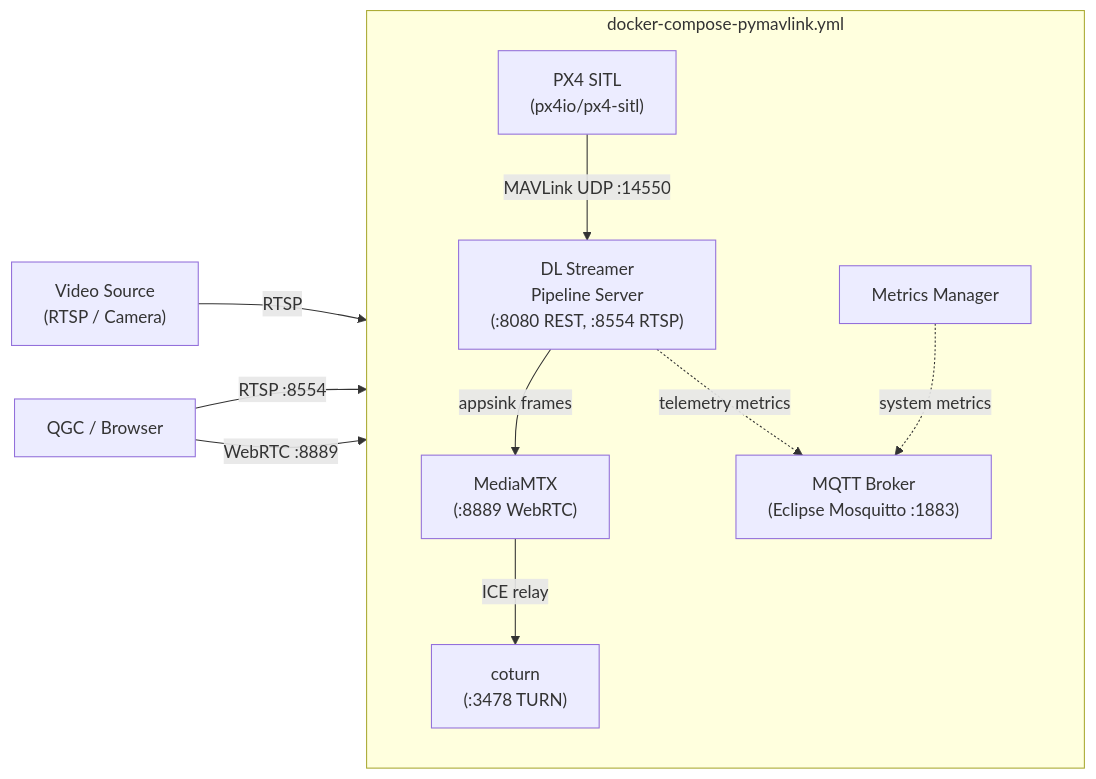
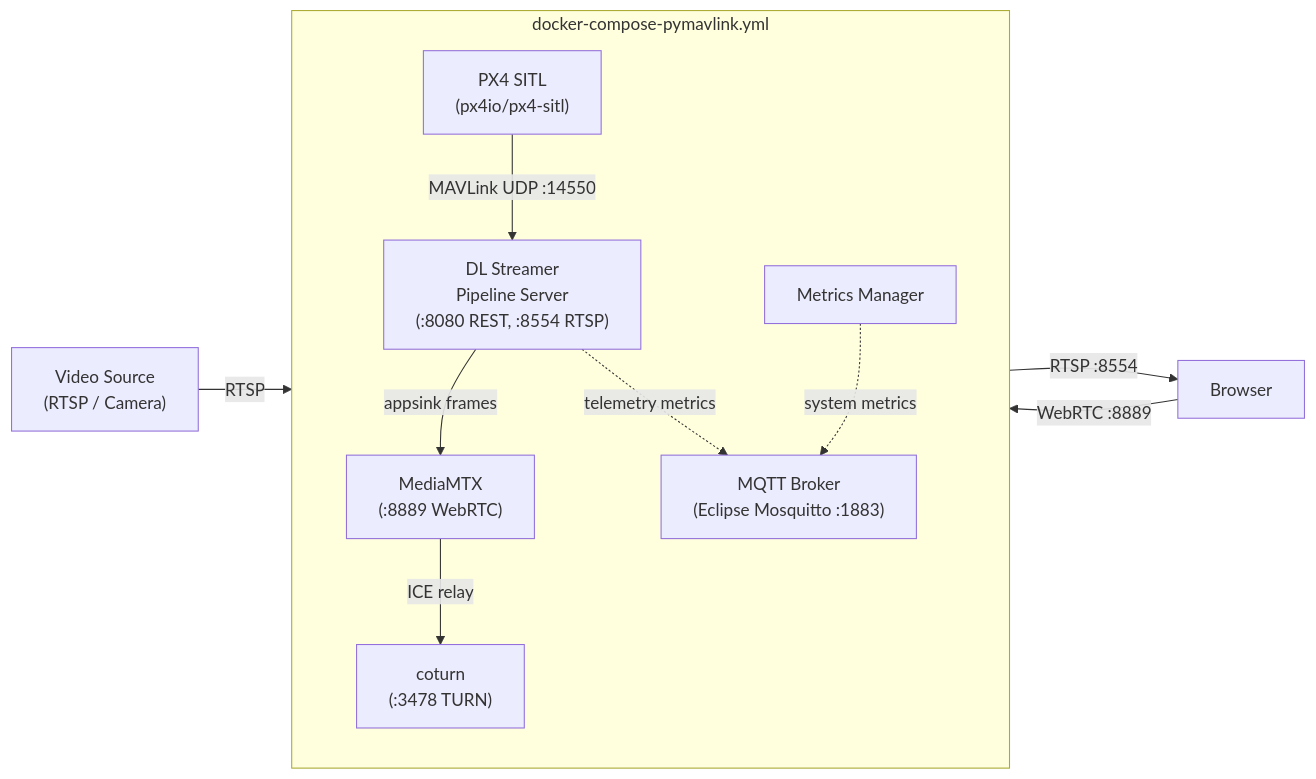
Before and after one commit to open-edge-platform/edge-ai-suites: the first of 4 diagrams in federal-aerospace/docs/uav-vision-analytics/overview.md, drawn with Mermaid. The commit also changed other lines of this file, not shown here.

Commit message:
[FedAero] Update system diagrams

````diff
--- a/federal-aerospace/docs/uav-vision-analytics/overview.md
+++ b/federal-aerospace/docs/uav-vision-analytics/overview.md
@@ -20,23 +20,23 @@
 ```mermaid
 flowchart LR
     subgraph Standalone["docker-compose-pymavlink.yml"]
         direction TB
 
         PX4["PX4 SITL\n(px4io/px4-sitl)"]
         BROKER["MQTT Broker\n(Eclipse Mosquitto :1883)"]
         DLSPS["DL Streamer\nPipeline Server\n(:8080 REST, :8554 RTSP)"]
         MTX["MediaMTX\n(:8889 WebRTC)"]
         TURN["coturn\n(:3478 TURN)"]
         MM["Metrics Manager"]
 
         PX4 -->|"MAVLink UDP :14550"| DLSPS
         DLSPS -->|"appsink frames"| MTX
         MTX -->|"ICE relay"| TURN
         DLSPS -.->|"telemetry metrics"| BROKER
         MM -.->|"system metrics"| BROKER
     end
 
     VIDEO["Video Source\n(RTSP / Camera)"] -->|"RTSP"| DLSPS
-    CLIENT["QGC / Browser"] -->|"RTSP :8554"| DLSPS
+    DLSPS -->|"RTSP :8554"| CLIENT["Browser"]
     CLIENT -->|"WebRTC :8889"| MTX
 ```
````
